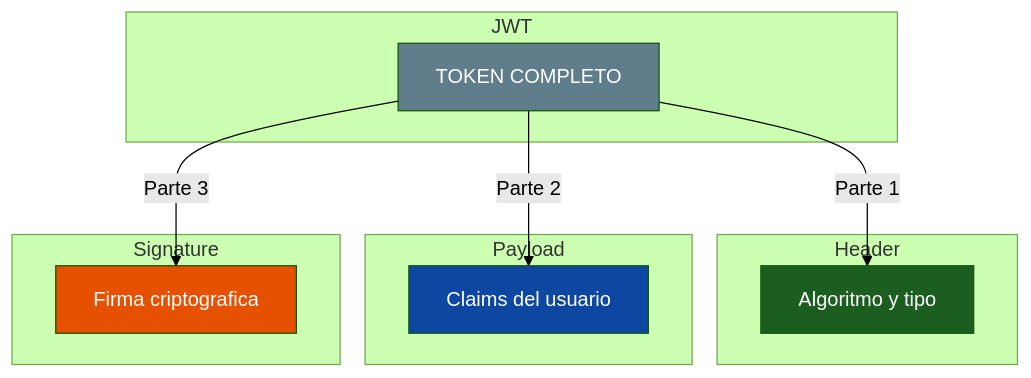
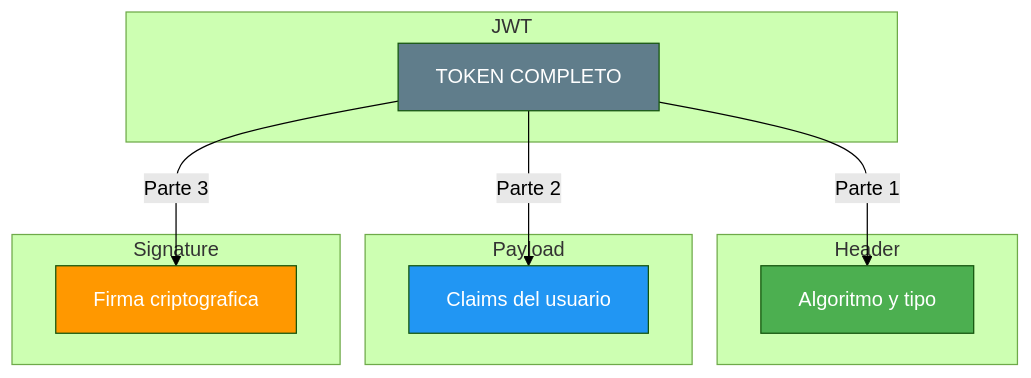
One commit to joseluisgs/DesarrolloWebEntornosServidor-02-2026-2027 changed the seventh of 15 diagrams in 16-autenticacion.md. Above: the diagram before and after it, drawn with Mermaid (forest theme). The commit also changed other lines of this file and 3 other files, not shown here.

Commit message:
[fix] Actualizar estilos y contenido en los documentos de autenticación, autorización, WebSockets y GraphQL

````diff
--- a/16-autenticacion.md
+++ b/16-autenticacion.md
@@ -200,27 +202,27 @@
 ```mermaid
 flowchart TD
     subgraph JWT
         T[TOKEN COMPLETO]
     end
 
     subgraph Header
         H1[Algoritmo y tipo]
     end
 
     subgraph Payload
         P1[Claims del usuario]
     end
 
     subgraph Signature
         S1[Firma criptografica]
     end
 
     T -->|Parte 1| H1
     T -->|Parte 2| P1
     T -->|Parte 3| S1
 
     style T fill:#607D8B,color:#fff
-    style H1 fill:#1B5E20,color:#fff
-    style P1 fill:#0D47A1,color:#fff
-    style S1 fill:#E65100,color:#fff
+    style H1 fill:#4CAF50,color:#fff
+    style P1 fill:#2196F3,color:#fff
+    style S1 fill:#FF9800,color:#fff
 ```
````
